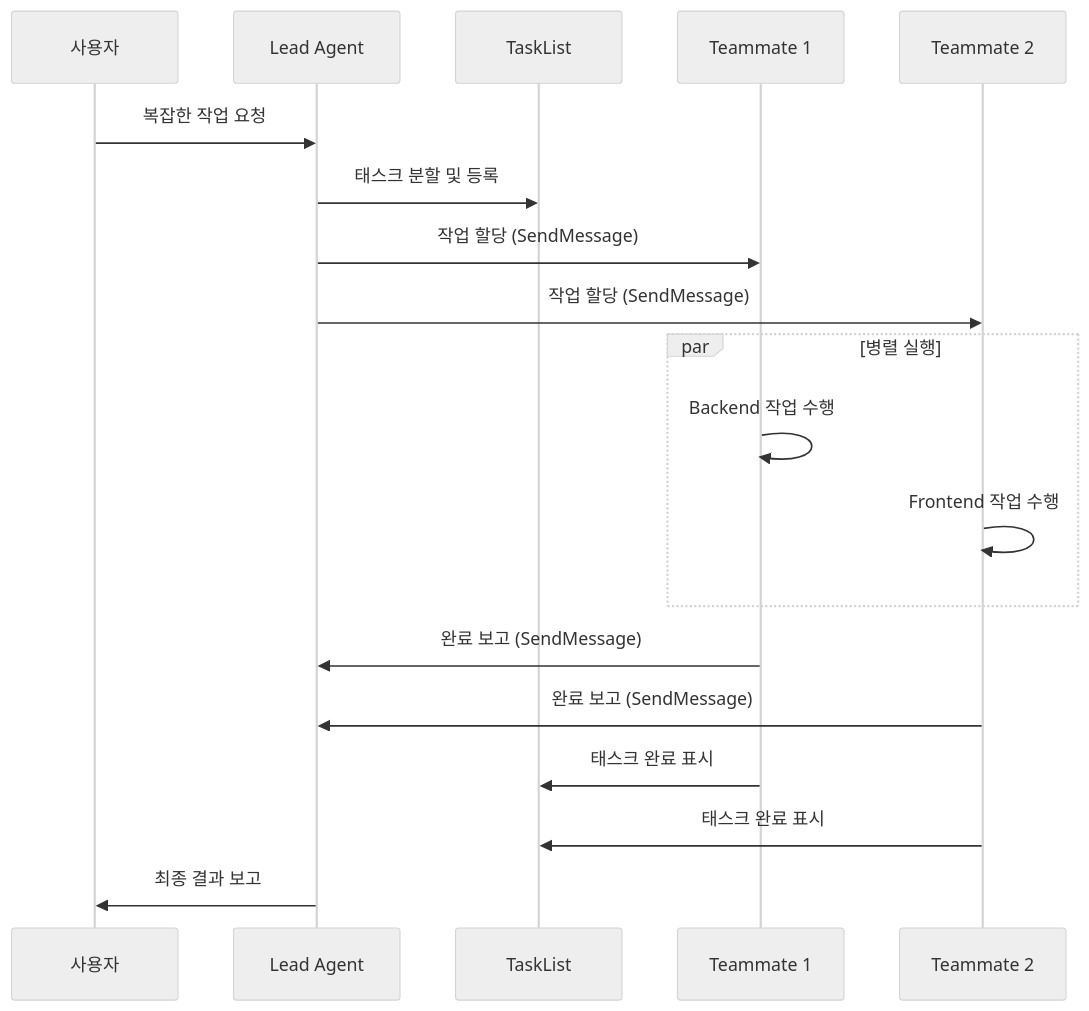
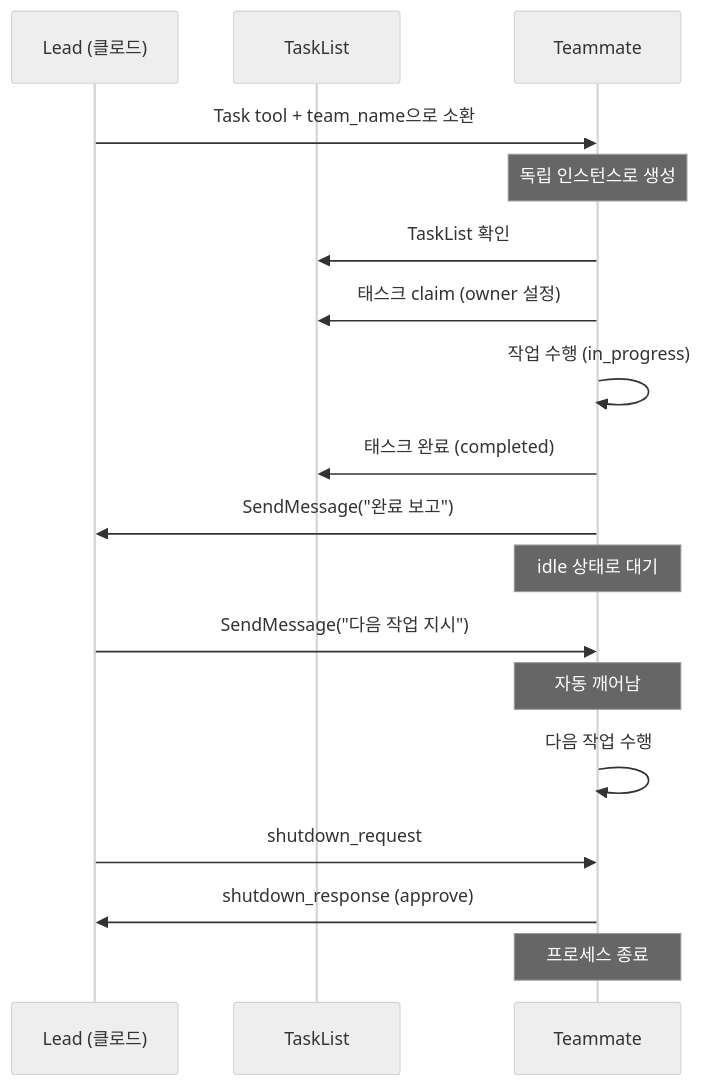
Before and after one commit to k82022603/hybrid-rag-knowledge-ops: the fourth of 5 diagrams in docs/12_Agent_Teams_활용_가이드.md, drawn with Mermaid (neutral theme). The commit also changed other lines of this file and 9 other files, not shown here.

````diff
--- a/docs/12_Agent_Teams_활용_가이드.md
+++ b/docs/12_Agent_Teams_활용_가이드.md
@@ -149,25 +287,21 @@
 ```mermaid
 sequenceDiagram
-    participant User as 사용자
-    participant Lead as Lead Agent
+    participant Lead as Lead (클로드)
     participant TL as TaskList
-    participant T1 as Teammate 1
-    participant T2 as Teammate 2
+    participant T as Teammate
 
-    User->>Lead: 복잡한 작업 요청
-    Lead->>TL: 태스크 분할 및 등록
-    Lead->>T1: 작업 할당 (SendMessage)
-    Lead->>T2: 작업 할당 (SendMessage)
-
-    par 병렬 실행
-        T1->>T1: Backend 작업 수행
-        T2->>T2: Frontend 작업 수행
-    end
-
-    T1->>Lead: 완료 보고 (SendMessage)
-    T2->>Lead: 완료 보고 (SendMessage)
-    T1->>TL: 태스크 완료 표시
-    T2->>TL: 태스크 완료 표시
-
-    Lead->>User: 최종 결과 보고
+    Lead->>T: Task tool + team_name으로 소환
+    Note over T: 독립 인스턴스로 생성
+    T->>TL: TaskList 확인
+    T->>TL: 태스크 claim (owner 설정)
+    T->>T: 작업 수행 (in_progress)
+    T->>TL: 태스크 완료 (completed)
+    T->>Lead: SendMessage("완료 보고")
+    Note over T: idle 상태로 대기
+    Lead->>T: SendMessage("다음 작업 지시")
+    Note over T: 자동 깨어남
+    T->>T: 다음 작업 수행
+    Lead->>T: shutdown_request
+    T->>Lead: shutdown_response (approve)
+    Note over T: 프로세스 종료
 ```
````
